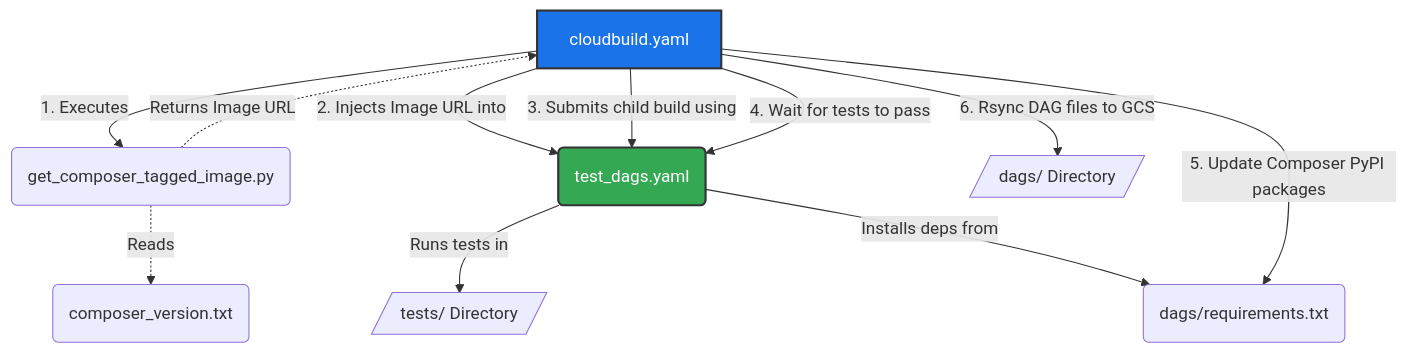
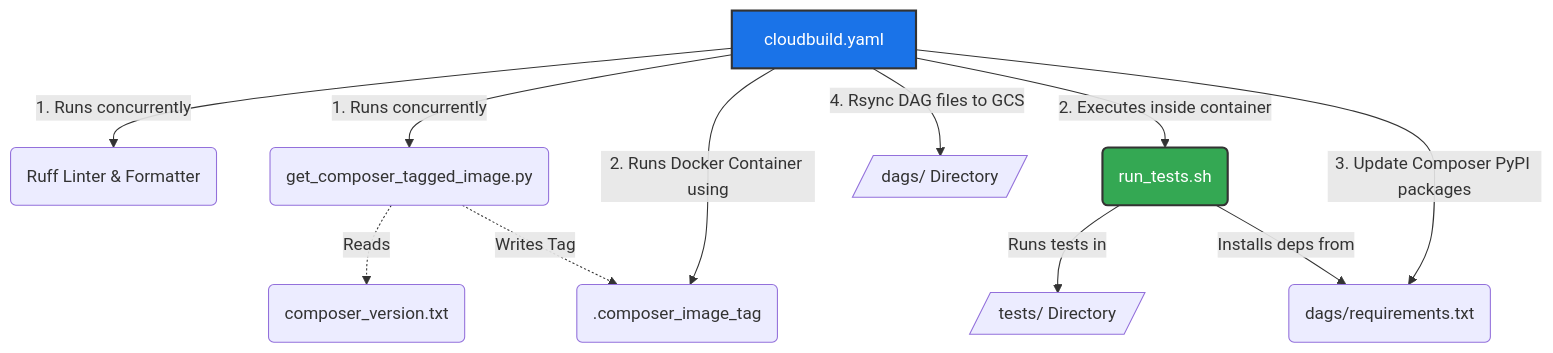
Before and after one commit to danieldeleo/composer-utilities: the first of 2 diagrams in cicd/README.md, drawn with Mermaid. The commit also changed other lines of this file and 4 other files, not shown here.

Commit message:
refactor: consolidate test execution logic into a standalone script and replace the child Cloud Build configuration with a direct containerized execution.

````diff
--- a/cicd/README.md
+++ b/cicd/README.md
@@ -37,20 +37,18 @@
 ```mermaid
 flowchart TD
-    CB[cloudbuild.yaml] -->|1. Executes| GCTI(get_composer_tagged_image.py)
+    CB[cloudbuild.yaml] -->|1. Runs concurrently| RUFF(Ruff Linter & Formatter)
+    CB -->|1. Runs concurrently| GCTI(get_composer_tagged_image.py)
     GCTI -.->|Reads| CVT(composer_version.txt)
-    GCTI -.->|Returns Image URL| CB
+    GCTI -.->|Writes Tag| CTAG(.composer_image_tag)
     
-    CB -->|2. Injects Image URL into| TD(test_dags.yaml)
-    CB -->|3. Submits child build using| TD
+    CB -->|2. Runs Docker Container using| CTAG
+    CB -->|2. Executes inside container| RT(run_tests.sh)
+    RT -->|Runs tests in| TESTS[/tests/ Directory/]
+    RT -->|Installs deps from| REQ(dags/requirements.txt)
     
-    TD -->|Runs tests in| TESTS[/tests/ Directory/]
-    TD -->|Installs deps from| REQ(dags/requirements.txt)
-    
-    CB -->|4. Wait for tests to pass| TD
-    
-    CB -->|5. Update Composer PyPI packages| REQ
-    CB -->|6. Rsync DAG files to GCS| DAGS[/dags/ Directory/]
+    CB -->|3. Update Composer PyPI packages| REQ
+    CB -->|4. Rsync DAG files to GCS| DAGS[/dags/ Directory/]
     
     style CB fill:#1A73E8,stroke:#333,stroke-width:2px,color:#fff
-    style TD fill:#34A853,stroke:#333,stroke-width:2px,color:#fff
+    style RT fill:#34A853,stroke:#333,stroke-width:2px,color:#fff
 ```
````
